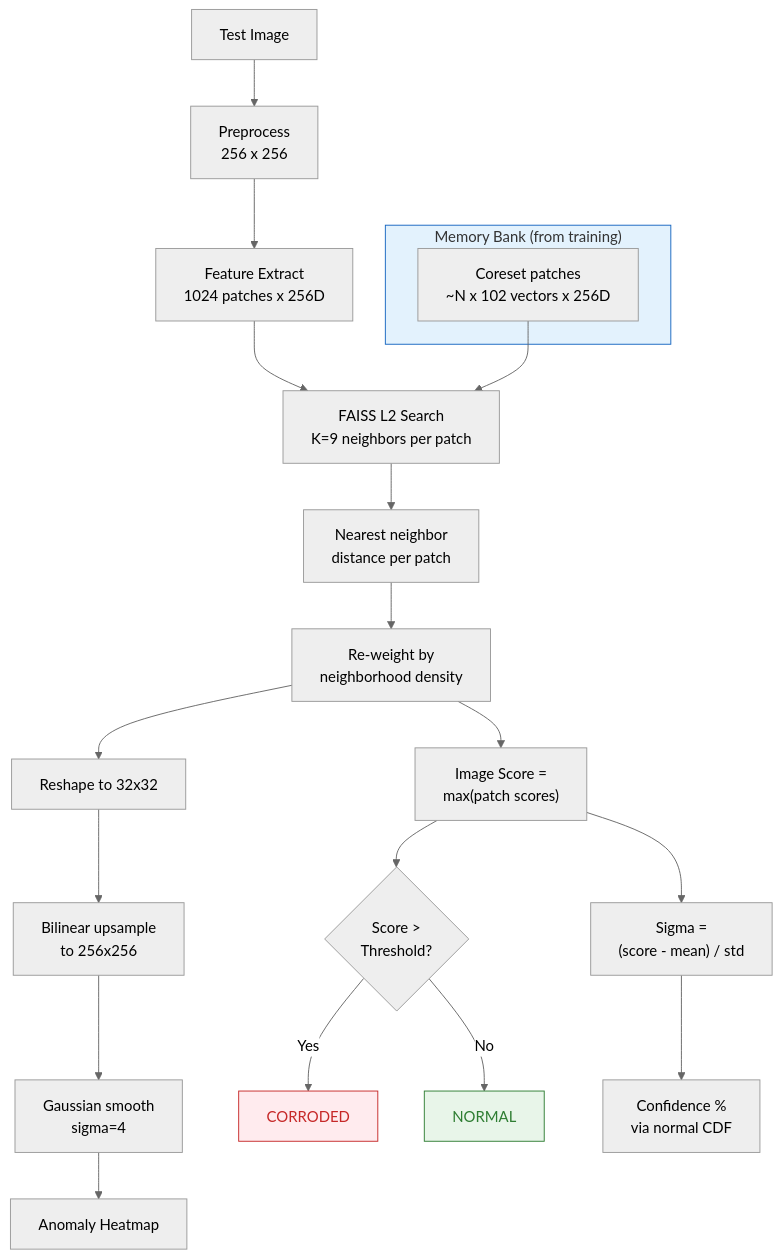
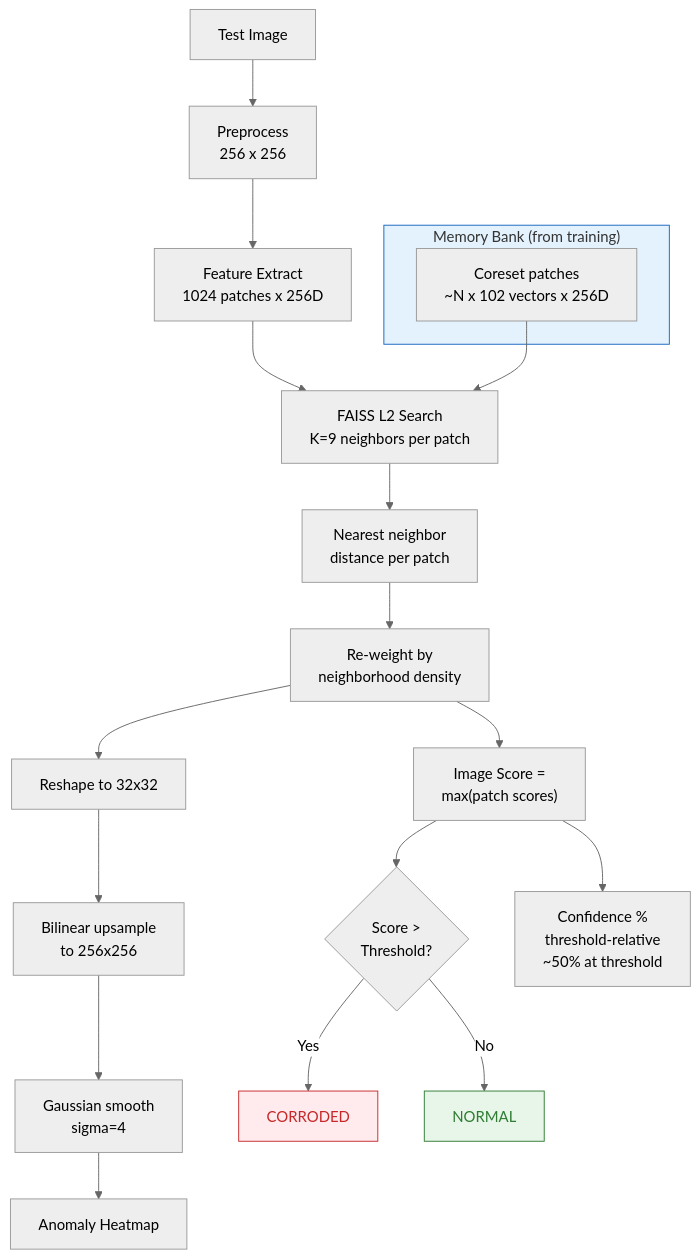
One commit to paarth-sharma/rust-detection changed the fifth of 6 diagrams in ARCHITECTURE.md. Above: the diagram before and after it, drawn with Mermaid (neutral theme). The commit also changed other lines of this file and 173 other files, not shown here.

````diff
--- a/ARCHITECTURE.md
+++ b/ARCHITECTURE.md
@@ -175,31 +192,30 @@
 ```mermaid
 graph TD
     IMG["Test Image"] --> PP["Preprocess<br/>256 x 256"]
     PP --> FE["Feature Extract<br/>1024 patches x 256D"]
     FE --> FAISS["FAISS L2 Search<br/>K=9 neighbors per patch"]
 
     subgraph MemBank["Memory Bank (from training)"]
         CORE["Coreset patches<br/>~N x 102 vectors x 256D"]
     end
 
     CORE --> FAISS
 
     FAISS --> D1["Nearest neighbor<br/>distance per patch"]
     D1 --> RW["Re-weight by<br/>neighborhood density"]
     RW --> MAX["Image Score =<br/>max(patch scores)"]
     RW --> RESHAPE["Reshape to 32x32"]
     RESHAPE --> UP["Bilinear upsample<br/>to 256x256"]
     UP --> GAUSS["Gaussian smooth<br/>sigma=4"]
     GAUSS --> HMAP["Anomaly Heatmap"]
 
     MAX --> CMP{"Score ><br/>Threshold?"}
     CMP -->|"Yes"| ANOM["CORRODED"]
     CMP -->|"No"| NORM["NORMAL"]
 
-    MAX --> SIGMA["Sigma =<br/>(score - mean) / std"]
-    SIGMA --> CONF["Confidence %<br/>via normal CDF"]
+    MAX --> CONF["Confidence %<br/>threshold-relative<br/>~50% at threshold"]
 
     style ANOM fill:#ffebee,stroke:#c62828,color:#c62828
     style NORM fill:#e8f5e9,stroke:#2E7D32,color:#2E7D32
     style MemBank fill:#e3f2fd,stroke:#1565C0
 ```
````
